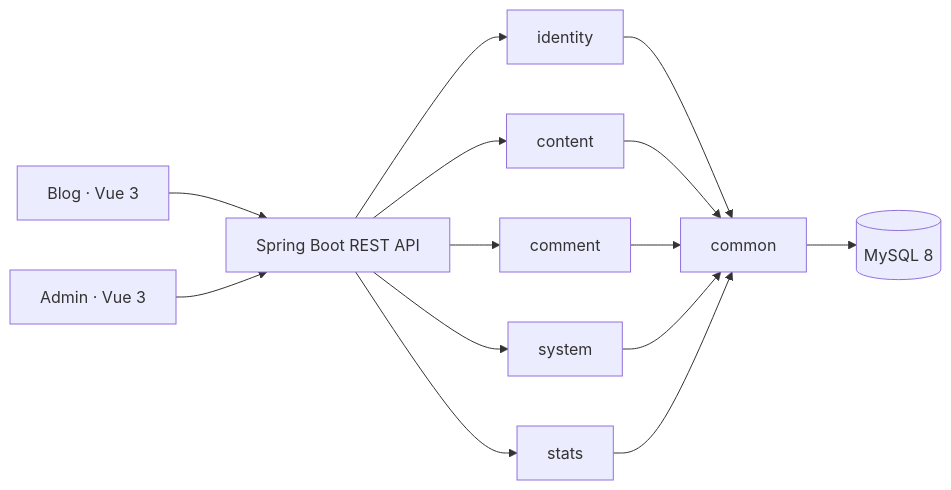
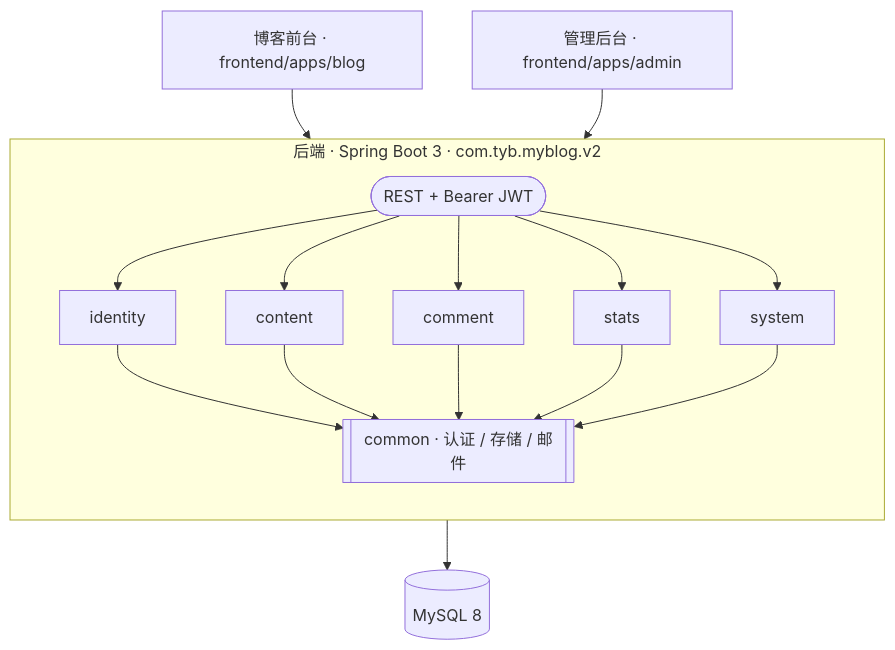
Before and after one commit to tongchang01/My-Blog: the first of 2 diagrams in README.md, drawn with Mermaid. The commit also changed other lines of this file and 6 other files, not shown here.

````diff
--- a/README.md
+++ b/README.md
@@ -25,16 +56,38 @@
 ```mermaid
-flowchart LR
-  Blog["Blog · Vue 3"] --> API["Spring Boot REST API"]
-  Admin["Admin · Vue 3"] --> API
-  API --> Identity["identity"]
-  API --> Content["content"]
-  API --> Comment["comment"]
-  API --> System["system"]
-  API --> Stats["stats"]
-  Identity --> Common["common"]
-  Content --> Common
-  Comment --> Common
-  System --> Common
-  Stats --> Common
-  Common --> DB[("MySQL 8")]
+flowchart TB
+  Blog["博客前台 · frontend/apps/blog"]
+  Admin["管理后台 · frontend/apps/admin"]
+
+
+
+  subgraph BE ["后端 · Spring Boot 3 · com.tyb.myblog.v2"]
+    direction TB
+    API(["REST + Bearer JWT"])
+    Identity[identity]
+    Content[content]
+    Comment[comment]
+    Stats[stats]
+    System[system]
+    Common[["common · 认证 / 存储 / 邮件"]]
+    API --> Identity
+    API --> Content
+    API --> Comment
+    API --> Stats
+    API --> System
+    Identity --> Common
+    Content --> Common
+    Comment --> Common
+    Stats --> Common
+    System --> Common
+  end
+
+
+
+  DB[("MySQL 8")]
+
+
+
+  Blog --> API
+  Admin --> API
+  Common --> DB
 ```
````
